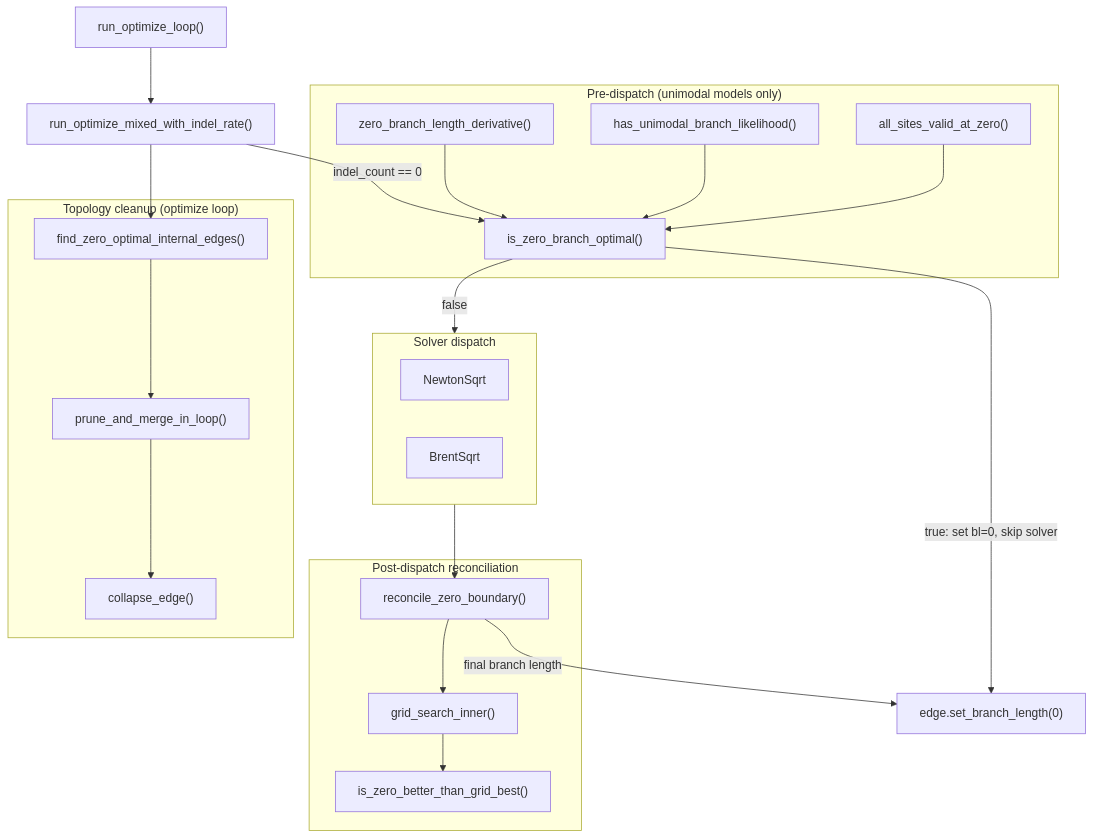
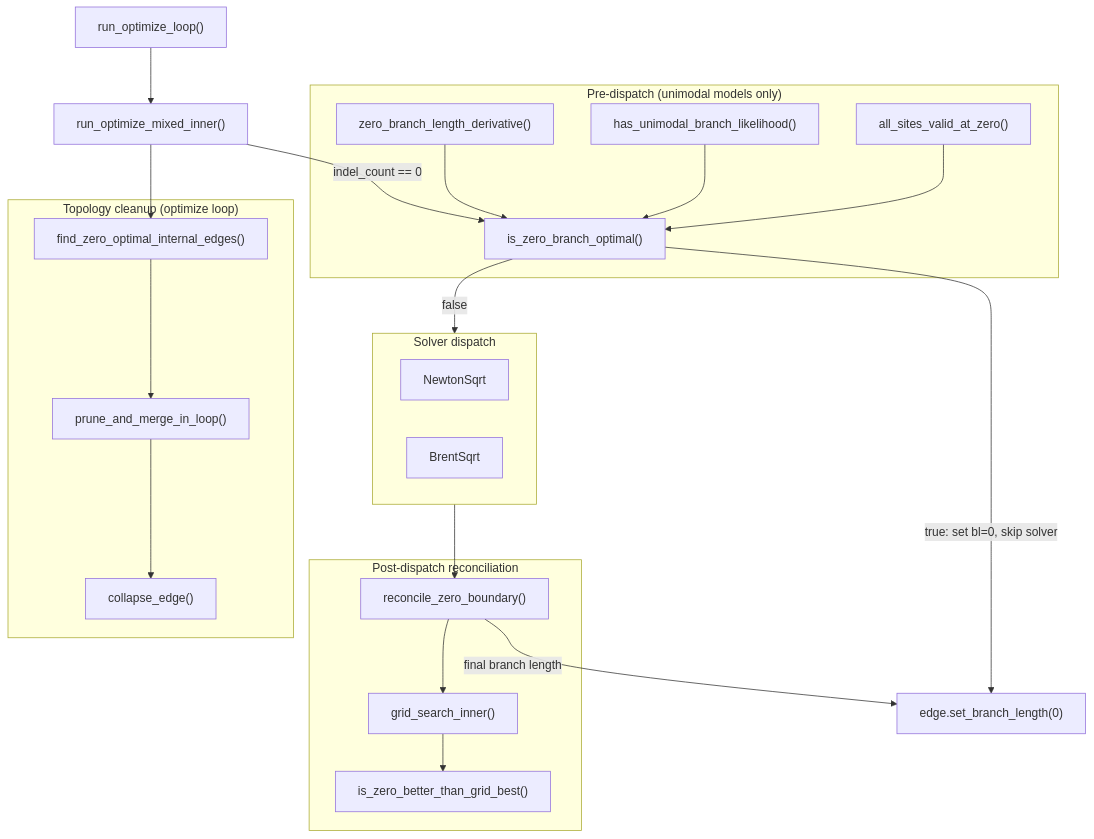
One commit to neherlab/treetime changed the diagram in kb/reports/zero-branch-length-optimization.md. Above: the diagram before and after it, drawn with Mermaid. The commit also changed other lines of this file and 1 other file, not shown here.

Commit message:
docs(kb): update kb

````diff
--- a/kb/reports/zero-branch-length-optimization.md
+++ b/kb/reports/zero-branch-length-optimization.md
@@ -68,44 +68,44 @@
 ```mermaid
 graph TD
     subgraph pre ["Pre-dispatch (unimodal models only)"]
         valid["all_sites_valid_at_zero()"]
         unimodal["has_unimodal_branch_likelihood()"]
         deriv["zero_branch_length_derivative()"]
         is_zero["is_zero_branch_optimal()"]
         valid --> is_zero
         unimodal --> is_zero
         deriv --> is_zero
     end
 
     subgraph solver ["Solver dispatch"]
         newton["NewtonSqrt"]
         brent["BrentSqrt"]
     end
 
     subgraph post ["Post-dispatch reconciliation"]
         reconcile["reconcile_zero_boundary()"]
         grid["grid_search_inner()"]
         zero_better["is_zero_better_than_grid_best()"]
         reconcile --> grid
         grid --> zero_better
     end
 
     subgraph collapse ["Topology cleanup (optimize loop)"]
         find["find_zero_optimal_internal_edges()"]
         prune["prune_and_merge_in_loop()"]
         coll["collapse_edge()"]
         find --> prune
         prune --> coll
     end
 
-    run["run_optimize_mixed_with_indel_rate()"]
+    run["run_optimize_mixed_inner()"]
     run -->|"indel_count == 0"| is_zero
     is_zero -->|"true: set bl=0, skip solver"| done["edge.set_branch_length(0)"]
     is_zero -->|"false"| solver
     solver --> reconcile
     reconcile -->|"final branch length"| done
 
     loop["run_optimize_loop()"]
     loop --> run
     run --> find
 ```
````
